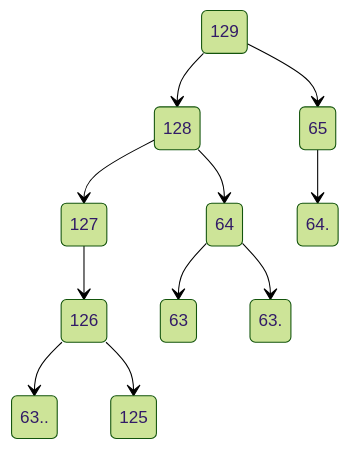
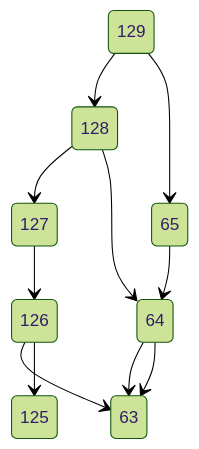
One commit to viktorshandrikov/repository-1 changed the diagram in 19.md. Above: the diagram before and after it, drawn with Mermaid (forest theme).

````diff
--- a/19.md
+++ b/19.md
@@ -1,13 +1,13 @@
 ```mermaid
 stateDiagram-v2
 129 --> 128
 129 --> 65
 128 --> 127
 128 --> 64
-65 --> 64.
+65 --> 64
 64 -->63 
 127-->126
-126 -->63..
+126 -->63
 126 --> 125 
-64 --> 63.
+64 --> 63
 ```
````
